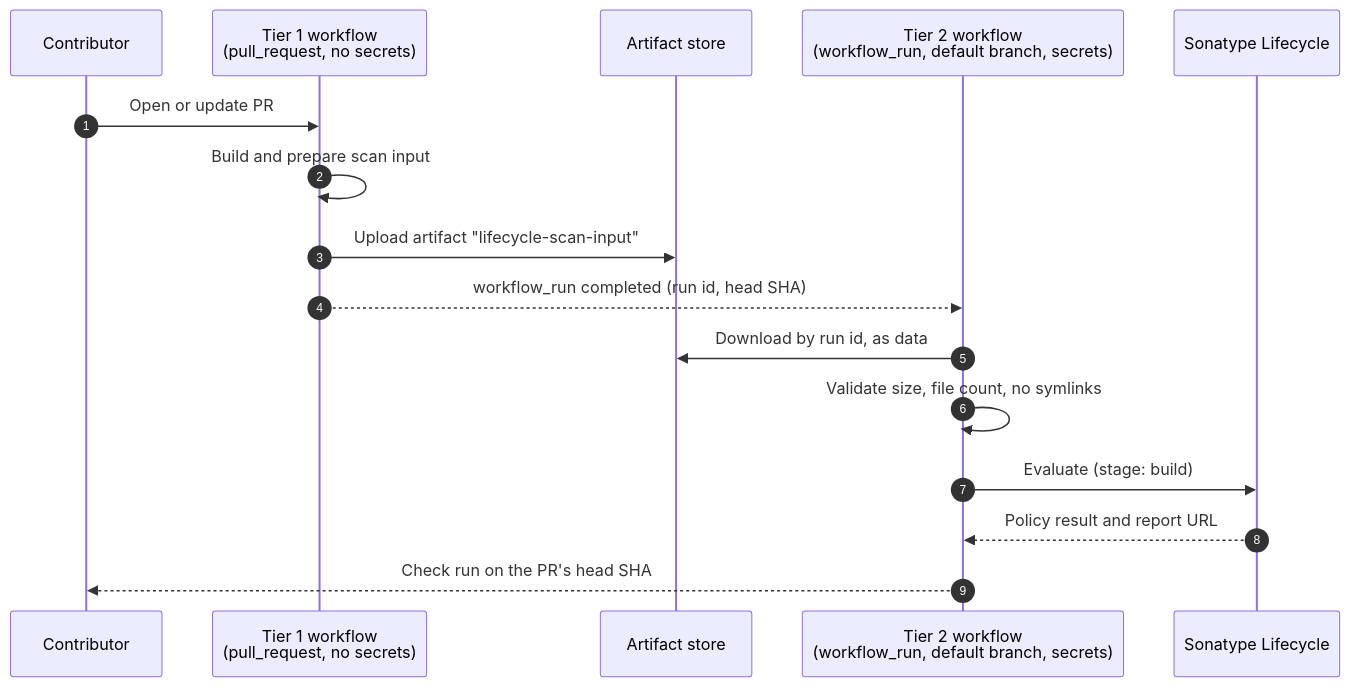
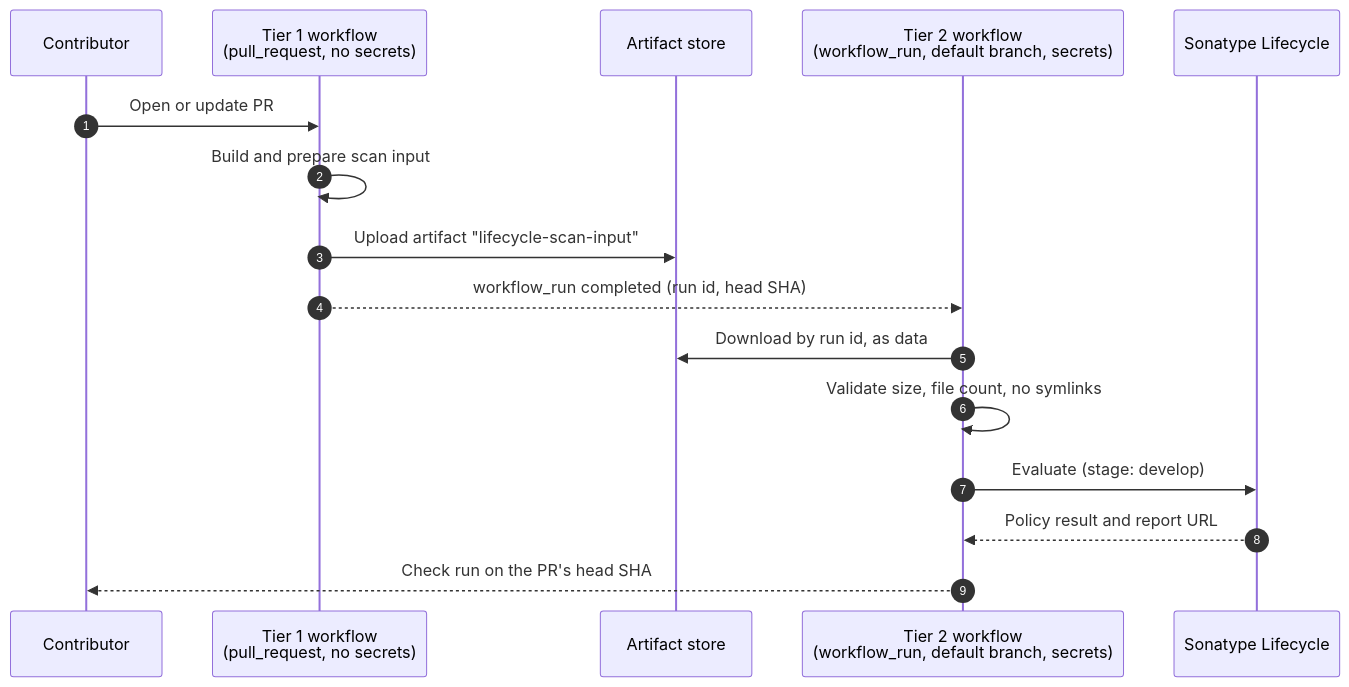
One commit to sonatype-nexus-community/contribute.sonatype.com changed the second of 2 diagrams in content/en/docs/standards/pull-request-ci/_index.md. Above: the diagram before and after it, drawn with Mermaid. The commit also changed other lines of this file and 12 other files, not shown here.

````diff
--- a/content/en/docs/standards/pull-request-ci/_index.md
+++ b/content/en/docs/standards/pull-request-ci/_index.md
@@ -155,19 +157,19 @@
 ```mermaid
 sequenceDiagram
     autonumber
     participant C as Contributor
     participant U as Tier 1 workflow<br/>(pull_request, no secrets)
     participant A as Artifact store
     participant P as Tier 2 workflow<br/>(workflow_run, default branch, secrets)
     participant L as Sonatype Lifecycle
 
     C->>U: Open or update PR
     U->>U: Build and prepare scan input
     U->>A: Upload artifact "lifecycle-scan-input"
     U-->>P: workflow_run completed (run id, head SHA)
     P->>A: Download by run id, as data
     P->>P: Validate size, file count, no symlinks
-    P->>L: Evaluate (stage: build)
+    P->>L: Evaluate (stage: develop)
     L-->>P: Policy result and report URL
     P-->>C: Check run on the PR's head SHA
 ```
````
